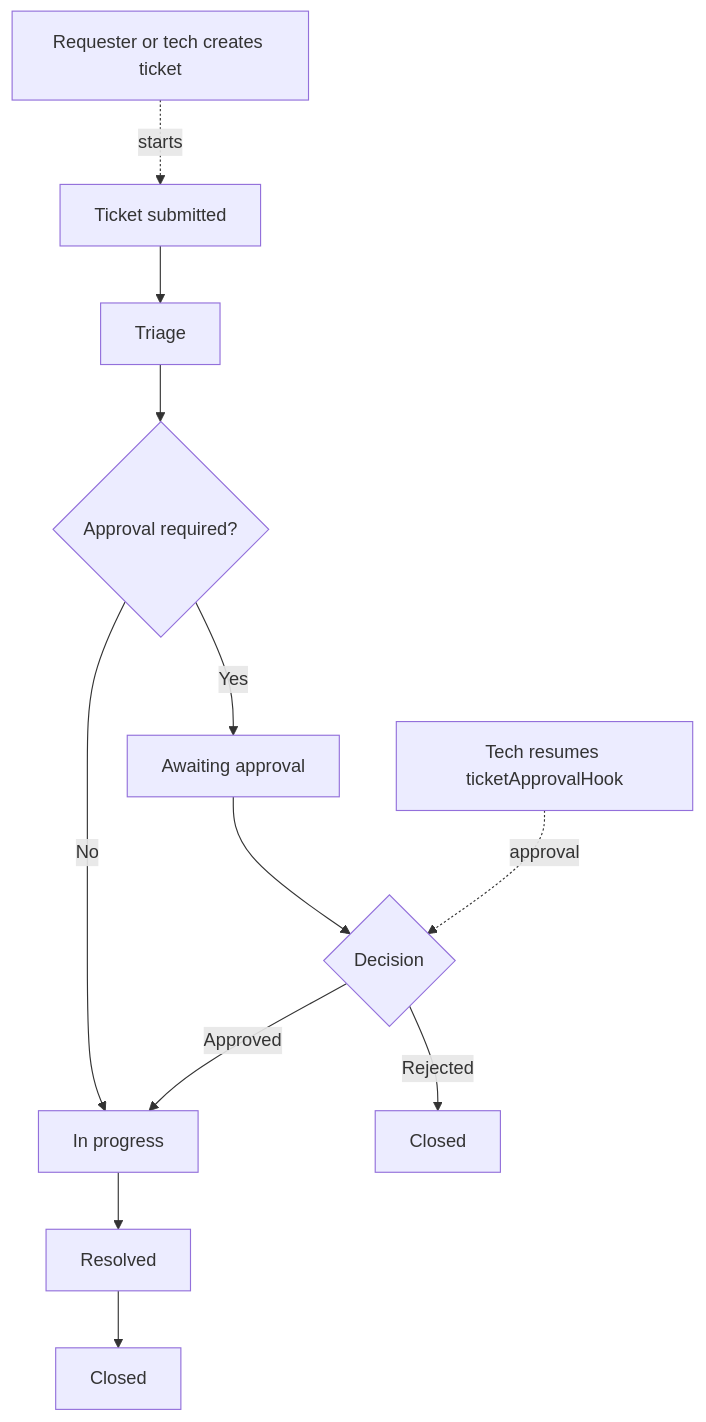
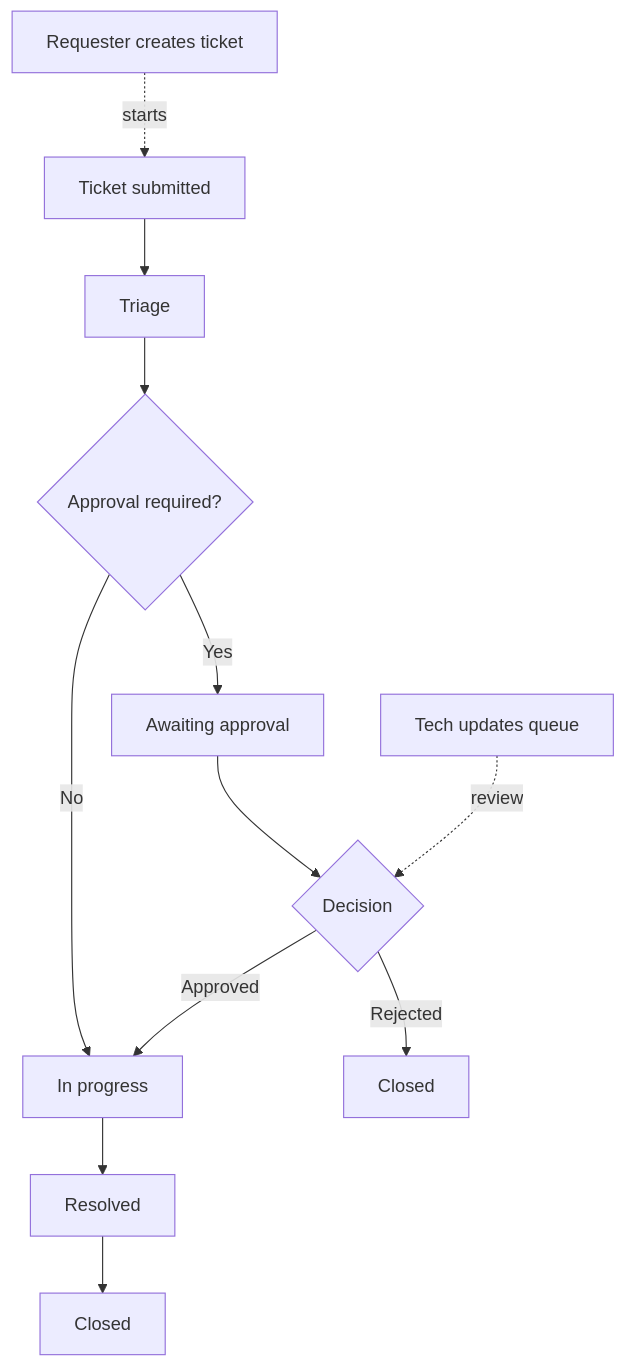
Before and after one commit to BCusack/durableops: the diagram in README.md, drawn with Mermaid. The commit also changed other lines of this file and 11 other files, not shown here.

````diff
--- a/README.md
+++ b/README.md
@@ -65,15 +107,15 @@
 ```mermaid
 flowchart TD
     A[Ticket submitted] --> B[Triage]
     B --> C{Approval required?}
     C -- No --> D[In progress]
     C -- Yes --> E[Awaiting approval]
     E --> F{Decision}
     F -- Rejected --> G[Closed]
     F -- Approved --> D
     D --> H[Resolved]
     H --> I[Closed]
 
-    J[Requester or tech creates ticket] -. starts .-> A
-    K[Tech resumes ticketApprovalHook] -. approval .-> F
+    J[Requester creates ticket] -. starts .-> A
+    K[Tech updates queue] -. review .-> F
 ```
````
